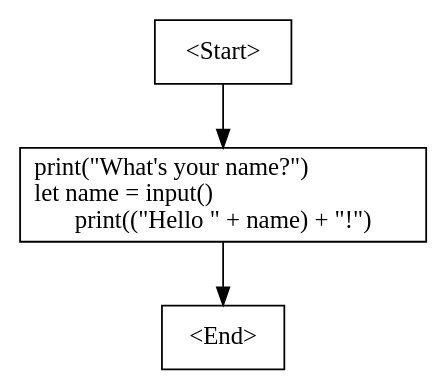
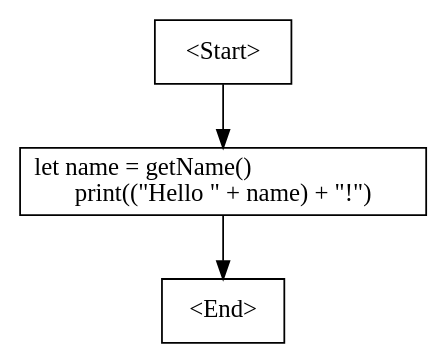
One commit to Sihuai2412/Epsilon changed the diagram in src/epsilon.Compiler/bin/Debug/net9.0/cfg.dot. Above: the diagram before and after it, drawn with Graphviz. The commit also changed 31 other files, not shown here.

```diff
--- a/src/epsilon.Compiler/bin/Debug/net9.0/cfg.dot
+++ b/src/epsilon.Compiler/bin/Debug/net9.0/cfg.dot
@@ -1,7 +1,7 @@
 digraph G {
     N0 [label = "<Start>", shape = box]
-    N1 [label = "print(\"What's your name?\")\llet name = input()\lprint((\"Hello \" + name) + \"!\")", shape = box]
+    N1 [label = "let name = getName()\lprint((\"Hello \" + name) + \"!\")", shape = box]
     N2 [label = "<End>", shape = box]
     N0 -> N1 [label = ""]
     N1 -> N2 [label = ""]
 }
```
